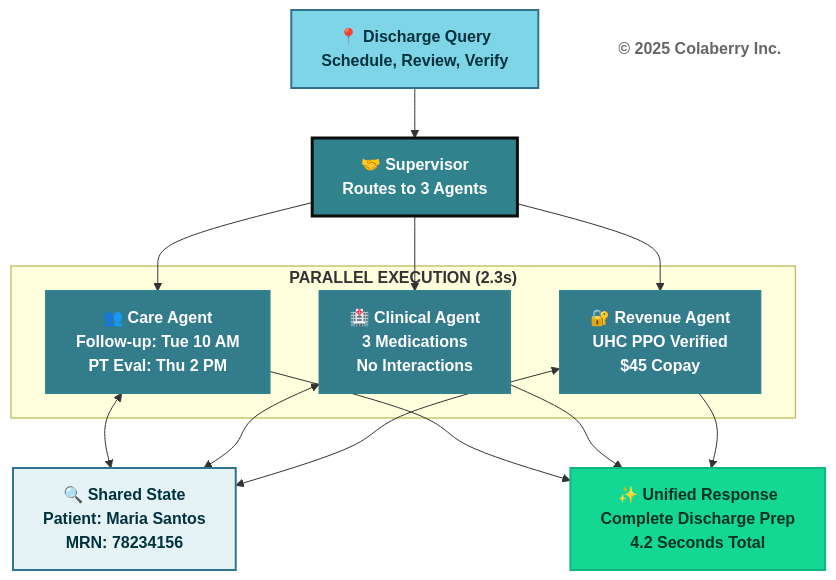
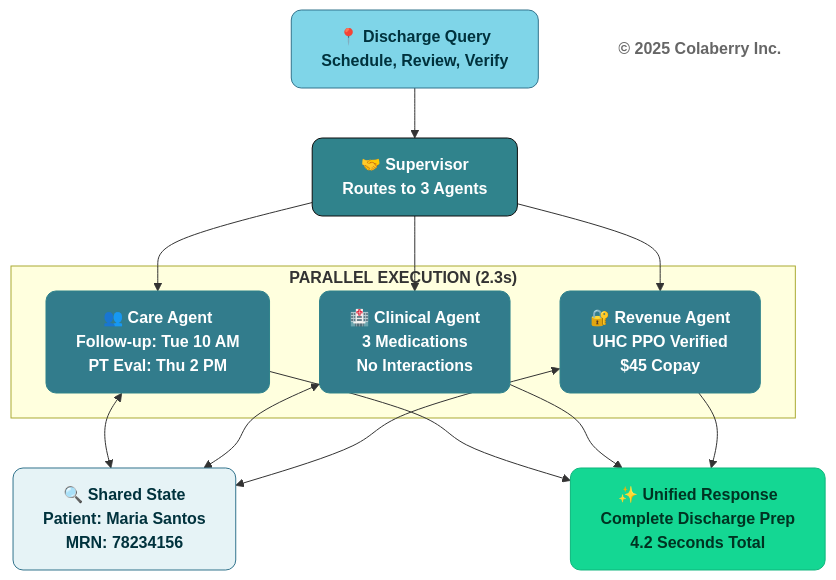
The tenth of 14 diagrams in manuscript/07_chapter_6_transparency_orchestration_layers.md (colaberry/trust-before-intelligence-book), drawn with Mermaid before and after one commit. The commit also changed other lines of this file and 12 other files, not shown here.

````diff
--- a/manuscript/07_chapter_6_transparency_orchestration_layers.md
+++ b/manuscript/07_chapter_6_transparency_orchestration_layers.md
@@ -1003,38 +1003,38 @@
 ```mermaid
 graph TB
     Query["<b>📍 Discharge Query</b><br/><b>Schedule, Review, Verify</b>"]
     
     Supervisor["<b>🤝 Supervisor</b><br/><b>Routes to 3 Agents</b>"]
     
     subgraph "<b>PARALLEL EXECUTION (2.3s)</b>"
         Care["<b>👥 Care Agent</b><br/><b>Follow-up: Tue 10 AM</b><br/><b>PT Eval: Thu 2 PM</b>"]
         Clinical["<b>🏥 Clinical Agent</b><br/><b>3 Medications</b><br/><b>No Interactions</b>"]
         Revenue["<b>🔐 Revenue Agent</b><br/><b>UHC PPO Verified</b><br/><b>$45 Copay</b>"]
     end
     
     State["<b>🔍 Shared State</b><br/><b>Patient: Maria Santos</b><br/><b>MRN: 78234156</b>"]
     
     Response["<b>✨ Unified Response</b><br/><b>Complete Discharge Prep</b><br/><b>4.2 Seconds Total</b>"]
     
     Copyright["<b>© 2025 Colaberry Inc.</b>"]
     
     Query --> Supervisor
     Supervisor --> Care
     Supervisor --> Clinical
     Supervisor --> Revenue
     Care <--> State
     Clinical <--> State
     Revenue <--> State
     Care --> Response
     Clinical --> Response
     Revenue --> Response
     
-    style Query fill:#7FD5E8,stroke:#32738C,stroke-width:2px,color:#00323D
-    style Supervisor fill:#30838C,color:#ffffff,stroke:#0D0D0D,stroke-width:3px
-    style Care fill:#327C8C,stroke:#30838C,stroke-width:2px,color:#ffffff
-    style Clinical fill:#327C8C,stroke:#30838C,stroke-width:2px,color:#ffffff
-    style Revenue fill:#327C8C,stroke:#30838C,stroke-width:2px,color:#ffffff
-    style State fill:#E6F3F6,stroke:#32738C,stroke-width:2px,color:#00323D
-    style Response fill:#14D793,color:#003322,stroke:#0FB67D,stroke-width:2px
-    style Copyright fill:#ffffff,stroke:none,color:#666666
+    style Query fill:#7FD5E8,stroke:#32738C,stroke-width:1px,color:#00323D,rx:10,ry:10
+    style Supervisor fill:#30838C,color:#ffffff,stroke:#0D0D0D,stroke-width:1px,rx:10,ry:10
+    style Care fill:#327C8C,stroke:#30838C,stroke-width:1px,color:#ffffff,rx:10,ry:10
+    style Clinical fill:#327C8C,stroke:#30838C,stroke-width:1px,color:#ffffff,rx:10,ry:10
+    style Revenue fill:#327C8C,stroke:#30838C,stroke-width:1px,color:#ffffff,rx:10,ry:10
+    style State fill:#E6F3F6,stroke:#32738C,stroke-width:1px,color:#00323D,rx:10,ry:10
+    style Response fill:#14D793,color:#003322,stroke:#0FB67D,stroke-width:1px,rx:10,ry:10
+    style Copyright fill:none,stroke:none,color:#666666
 ```
````
